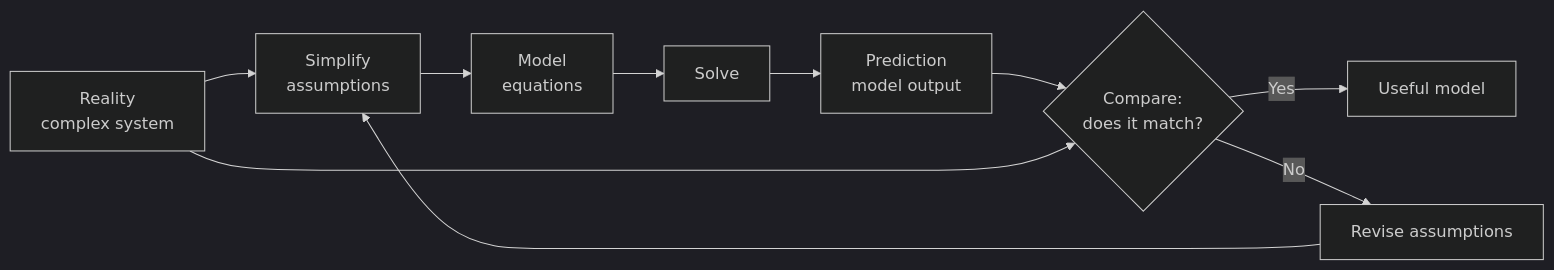
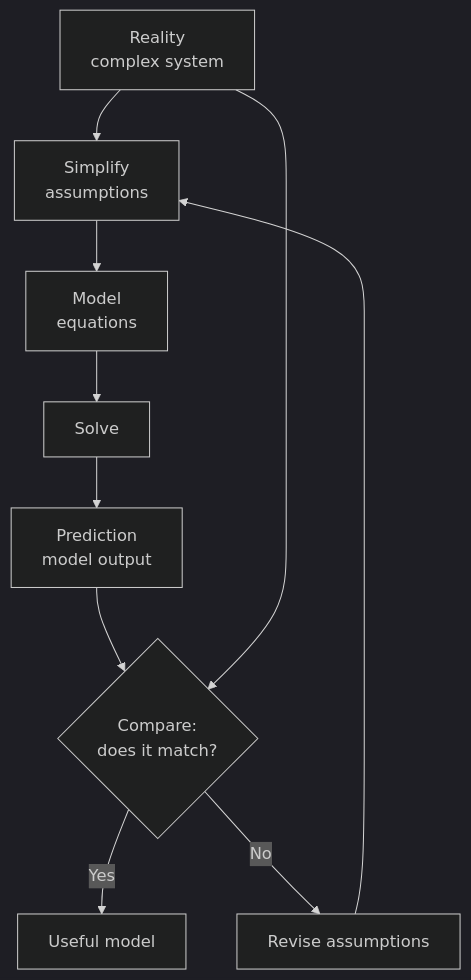
The diagram in models-maps-reality.mdx (SiliconWit/philosophy-of-science-engineering), drawn with Mermaid (dark theme) before and after one commit. The commit also changed 1 other file, not shown here.

Commit message:
Convert horizontal mermaid flowcharts to vertical for better mobile readability

````diff
--- a/models-maps-reality.mdx
+++ b/models-maps-reality.mdx
@@ -53,12 +53,12 @@
 ```mermaid
-flowchart LR
+flowchart TD
     A[Reality\ncomplex system] --> B[Simplify\nassumptions]
     B --> C[Model\nequations]
     C --> D[Solve]
     D --> E[Prediction\nmodel output]
     E --> F{Compare:\ndoes it match?}
     F -- Yes --> G[Useful model]
     F -- No --> H[Revise assumptions]
     H --> B
     A --> F
 ```
````
